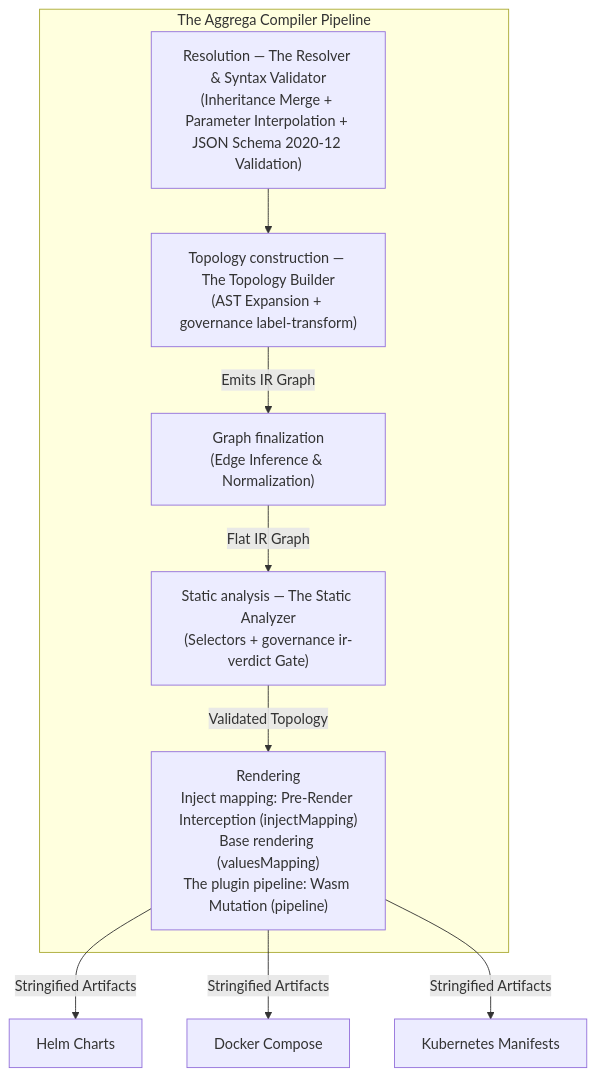
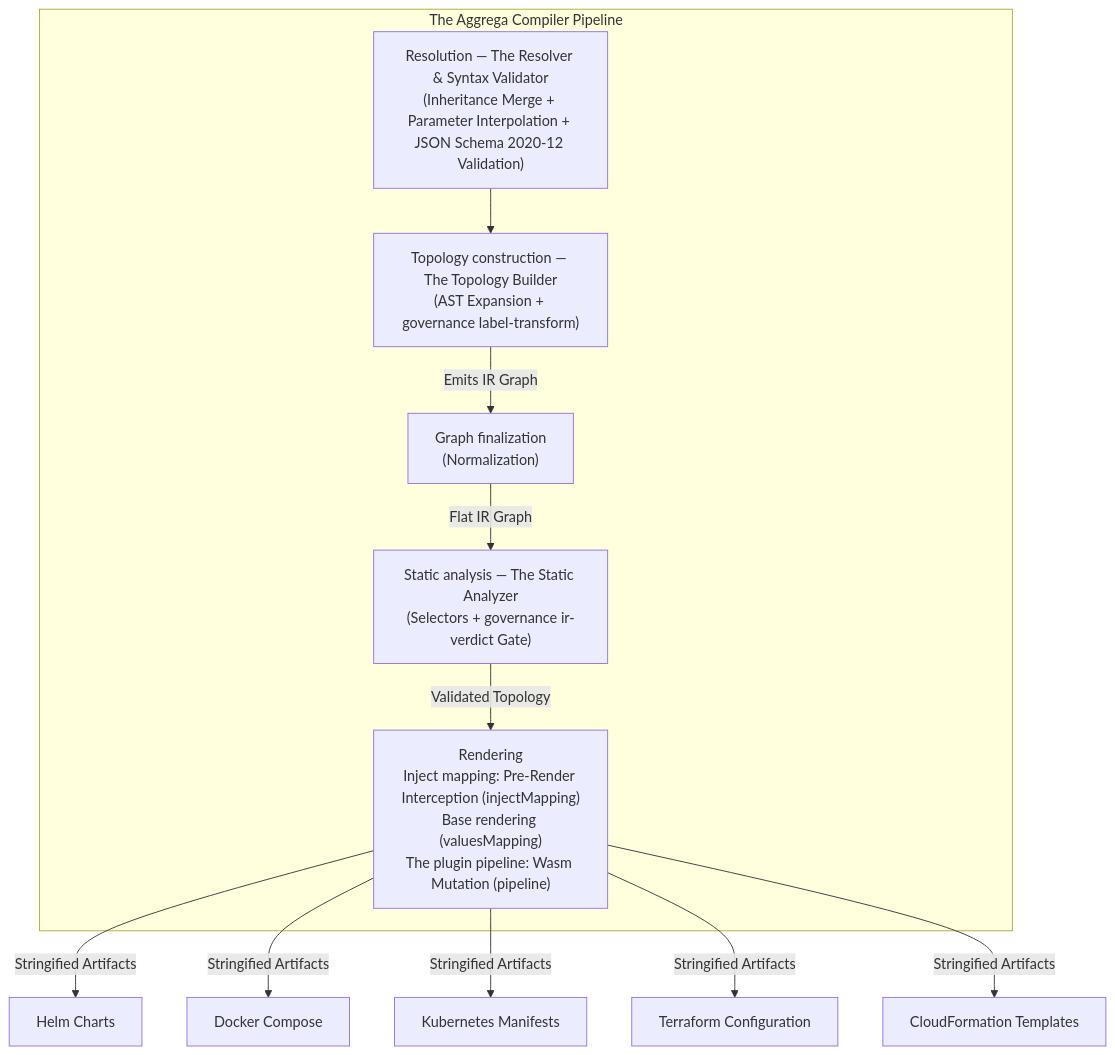
Before and after one commit to aggrega-ai/aggrega-docs: the diagram in architecture/10-compilation-pipeline.md, drawn with Mermaid. The commit also changed other lines of this file and 2 other files, not shown here.

Commit message:
docs(architecture): correct the pipeline, governance and day-two chapters against the shipped compiler

````diff
--- a/architecture/10-compilation-pipeline.md
+++ b/architecture/10-compilation-pipeline.md
@@ -56,16 +56,18 @@
 ```mermaid
 graph TD
     subgraph CLI_Orchestrator ["The Aggrega Compiler Pipeline"]
         A["Resolution — The Resolver & Syntax Validator<br/>(Inheritance Merge + Parameter Interpolation + JSON Schema 2020-12 Validation)"] --> B["Topology construction — The Topology Builder<br/>(AST Expansion + governance label-transform)"]
         
-        B -->|"Emits IR Graph"| C["Graph finalization<br/>(Edge Inference & Normalization)"]
+        B -->|"Emits IR Graph"| C["Graph finalization<br/>(Normalization)"]
         
         C -->|"Flat IR Graph"| D["Static analysis — The Static Analyzer<br/>(Selectors + governance ir-verdict Gate)"]
         
         D -->|"Validated Topology"| E["Rendering<br/>Inject mapping: Pre-Render Interception (injectMapping)<br/>Base rendering (valuesMapping)<br/>The plugin pipeline: Wasm Mutation (pipeline)"]
     end
     
     E -->|"Stringified Artifacts"| F["Helm Charts"]
     E -->|"Stringified Artifacts"| G["Docker Compose"]
     E -->|"Stringified Artifacts"| H["Kubernetes Manifests"]
+    E -->|"Stringified Artifacts"| I["Terraform Configuration"]
+    E -->|"Stringified Artifacts"| J["CloudFormation Templates"]
 ```
````
